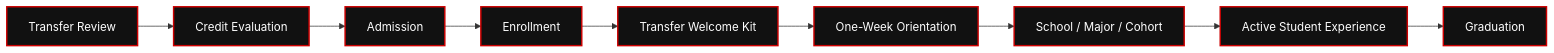
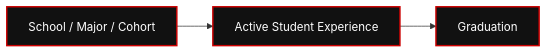
The third of 3 diagrams in RIAH-PATHWAY-WEBSITE-WIREFRAMES-STRUCTURE/11. ADMISSIONS/11.8-TRANSFER-STUDENTS-WIREFRAME.md (RIAHPathway/Website-Draft), drawn with Mermaid before and after one commit. The commit also changed other lines of this file, not shown here.

Commit message:
RIAH Pathway.

````diff
--- a/RIAH-PATHWAY-WEBSITE-WIREFRAMES-STRUCTURE/11. ADMISSIONS/11.8-TRANSFER-STUDENTS-WIREFRAME.md
+++ b/RIAH-PATHWAY-WEBSITE-WIREFRAMES-STRUCTURE/11. ADMISSIONS/11.8-TRANSFER-STUDENTS-WIREFRAME.md
@@ -149,22 +38,10 @@
 ```mermaid
 flowchart LR
-    N0["Transfer Review"]
-    N1["Credit Evaluation"]
-    N2["Admission"]
-    N3["Enrollment"]
-    N4["Transfer Welcome Kit"]
-    N5["One-Week Orientation"]
-    N6["School / Major / Cohort"]
-    N7["Active Student Experience"]
-    N8["Graduation"]
+    N0["School / Major / Cohort"]
+    N1["Active Student Experience"]
+    N2["Graduation"]
     N0 --> N1
     N1 --> N2
-    N2 --> N3
-    N3 --> N4
-    N4 --> N5
-    N5 --> N6
-    N6 --> N7
-    N7 --> N8
     classDef riah fill:#111111,stroke:#CC0000,color:#FFFFFF,stroke-width:2px;
-    class N0,N1,N2,N3,N4,N5,N6,N7,N8 riah;
+    class N0,N1,N2 riah;
 ```
````
